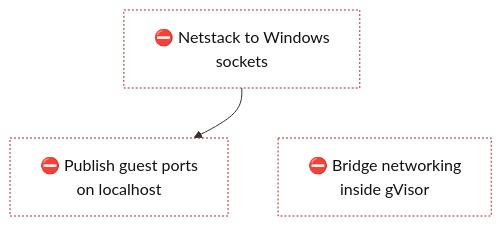
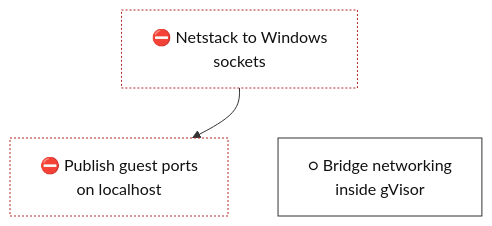
The diagram in docs/roadmap/tracks/net.md (lhns/gvisor-windows), drawn with Mermaid before and after one commit. The commit also changed other lines of this file and 4 other files, not shown here.

````diff
--- a/docs/roadmap/tracks/net.md
+++ b/docs/roadmap/tracks/net.md
@@ -10,24 +10,25 @@
 ```mermaid
 flowchart TB
     net_netstack_windows_link["⛔ Netstack to Windows<br/>sockets"]
     net_port_forwarding["⛔ Publish guest ports<br/>on localhost"]
-    net_bridge_networking["⛔ Bridge networking<br/>inside gVisor"]
+    net_bridge_networking["○ Bridge networking<br/>inside gVisor"]
     net_netstack_windows_link ~~~ net_port_forwarding
     net_netstack_windows_link ~~~ net_bridge_networking
     net_netstack_windows_link --> net_port_forwarding
     classDef vsucc fill:#2e9e4f,stroke:#1b6b34,color:#fff
     classDef succ fill:#bfe8c8,stroke:#2e9e4f,color:#111
     classDef mixed fill:#ffd37a,stroke:#c98a00,color:#111
     classDef bad fill:#f28b82,stroke:#b3261e,color:#111
     classDef dead fill:#e6e6e6,stroke:#777,stroke-dasharray:5 5,color:#555
     classDef inprog fill:#a8cdf5,stroke:#1f6fc5,color:#111
     classDef next fill:#fff,stroke:#333,color:#111
     classDef blocked fill:#fff,stroke:#b3261e,stroke-dasharray:2 2,color:#111
     classDef parked fill:#f3f3f3,stroke:#999,color:#555
     classDef unrated fill:#fff,stroke:#333,stroke-dasharray:1 3,color:#111
     classDef gate fill:#d9c2f0,stroke:#7b3fb5,color:#111
     classDef decided fill:#ece0f7,stroke:#7b3fb5,stroke-dasharray:2 2,color:#111
     classDef finding fill:#ffe0b2,stroke:#d84315,stroke-width:2px,color:#111
     classDef waiting fill:#e3f2fd,stroke:#1f6fc5,stroke-dasharray:5 5,color:#111
-    class net_netstack_windows_link,net_port_forwarding,net_bridge_networking blocked
+    class net_netstack_windows_link,net_port_forwarding blocked
+    class net_bridge_networking next
 ```
````
